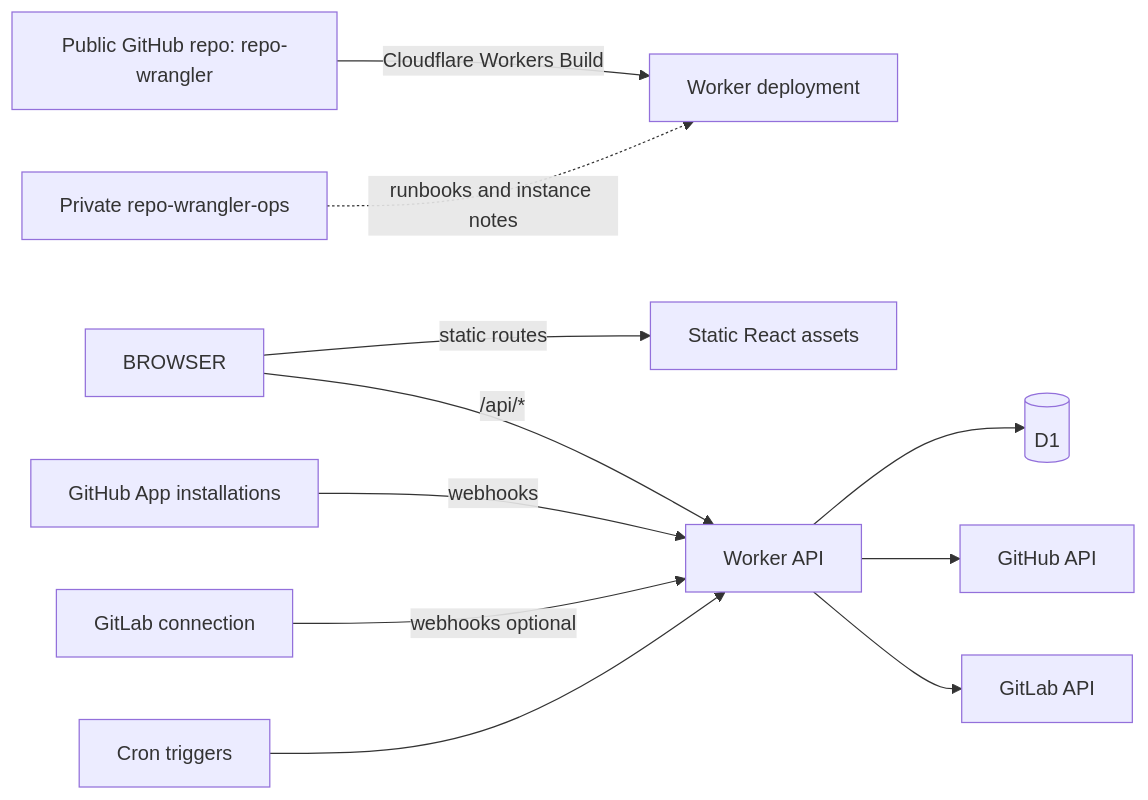
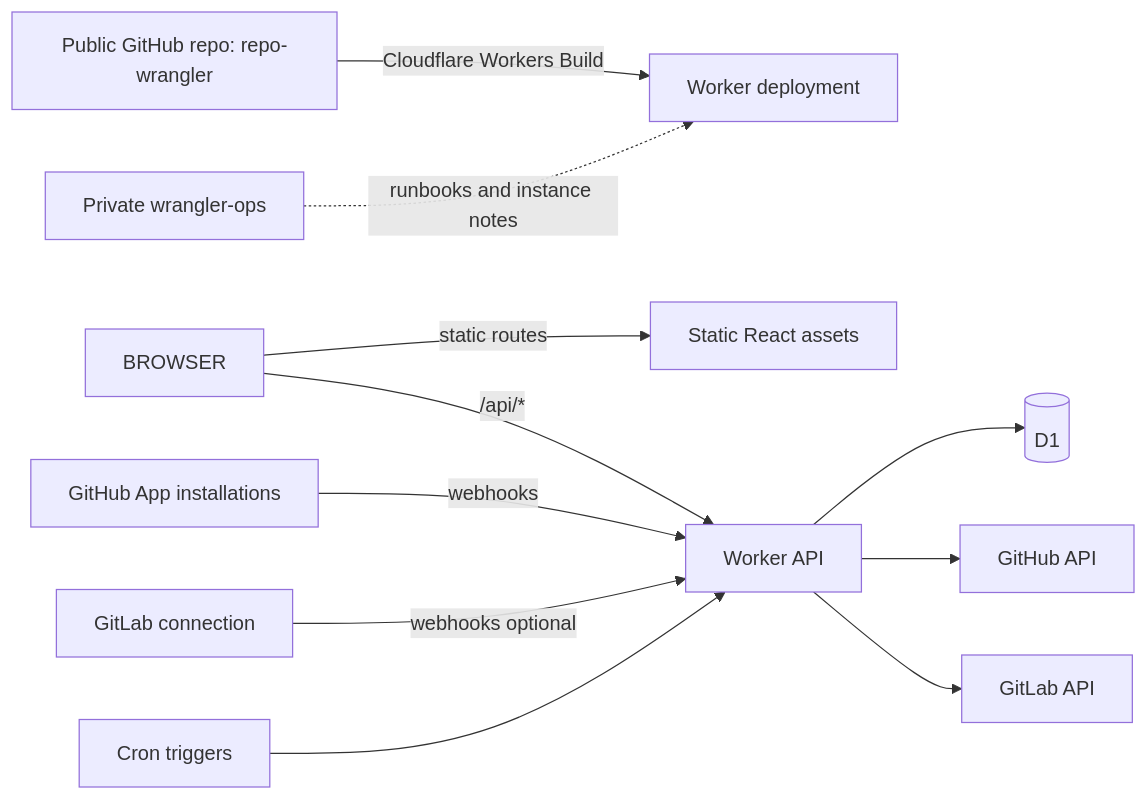
One commit to WranglerLabs/repo-wrangler changed the third of 6 diagrams in docs/design/RepoWrangler-Solution-Design.md. Above: the diagram before and after it, drawn with Mermaid. The commit also changed other lines of this file and 9 other files, not shown here.

````diff
--- a/docs/design/RepoWrangler-Solution-Design.md
+++ b/docs/design/RepoWrangler-Solution-Design.md
@@ -481,13 +481,13 @@
 ```mermaid
 flowchart LR
   GIT[Public GitHub repo: repo-wrangler] -->|Cloudflare Workers Build| DEPLOY[Worker deployment]
   BROWSER -->|static routes| ASSETS[Static React assets]
   BROWSER -->|/api/*| WORKER[Worker API]
   GHAPP[GitHub App installations] -->|webhooks| WORKER
   GLAPP[GitLab connection] -->|webhooks optional| WORKER
   WORKER --> D1[(D1)]
   CRON[Cron triggers] --> WORKER
   WORKER --> GHAPI[GitHub API]
   WORKER --> GLAPI[GitLab API]
-  OPS[Private repo-wrangler-ops] -. runbooks and instance notes .-> DEPLOY
+  OPS[Private wrangler-ops] -. runbooks and instance notes .-> DEPLOY
 ```
````
